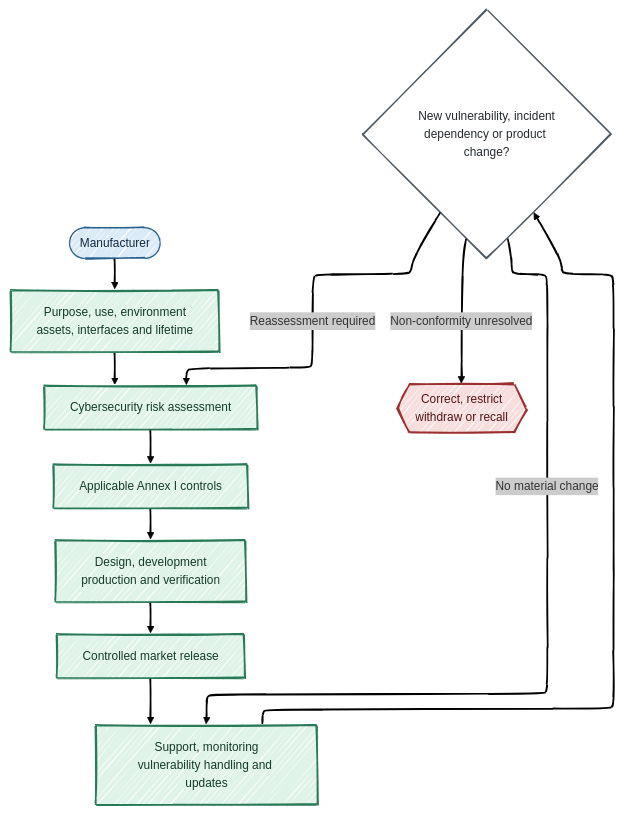
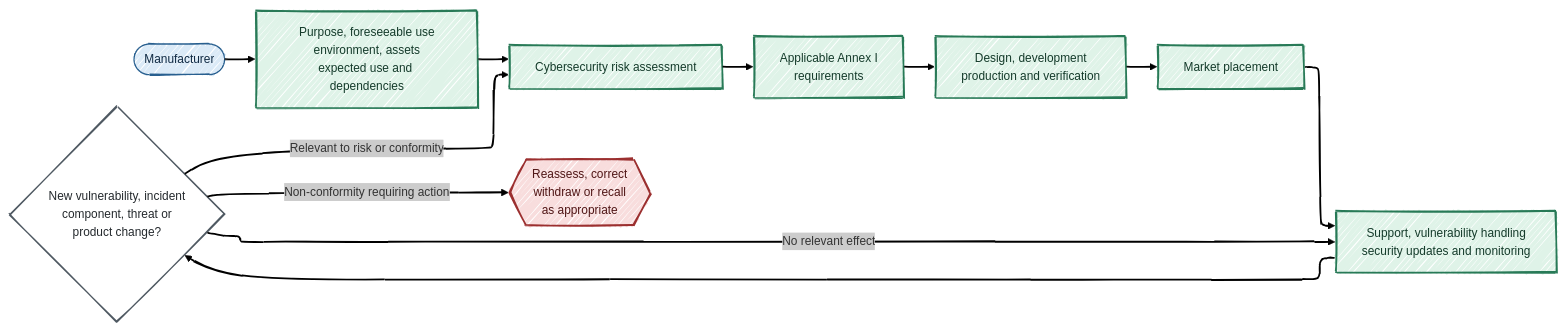
One commit to antomon/antomon.github.io changed the fifth of 18 diagrams in longforms/cyber-resilience-act-the-new-product-security-baseline/index.qmd. Above: the diagram before and after it, drawn with Mermaid. The commit also changed other lines of this file and 54 other files, not shown here.

````diff
--- a/longforms/cyber-resilience-act-the-new-product-security-baseline/index.qmd
+++ b/longforms/cyber-resilience-act-the-new-product-security-baseline/index.qmd
@@ -285,33 +730,33 @@
 ```{mermaid}
 %%| label: fig-cyber-resilience-act-the-new-product-security-baseline-security-lifecycle
-%%| fig-cap: "The CRA security baseline is a lifecycle feedback process rather than a one-time pre-market checklist."
-%%| fig-alt: "A blue manufacturer defines intended purpose, foreseeable use, assets, interfaces, operating environment, and expected lifetime. These inputs feed a green cybersecurity risk assessment, which selects applicable Annex I controls. Architecture, implementation, production, and release evidence lead to market placement. Monitoring, vulnerability handling, updates, incidents, and product changes feed back into the risk assessment. Non-conformity leads to corrective action, restriction, withdrawal, or recall."
+%%| fig-cap: "The CRA risk assessment connects product context to applicable cybersecurity requirements and is updated when lifecycle information changes the security case."
+%%| fig-alt: "A manufacturer defines intended purpose, foreseeable use, operating conditions, protected assets, expected use time, interfaces, and dependencies. These inputs feed a cybersecurity risk assessment. The assessment determines how the general risk-based requirement, applicable Annex I Part I requirements, and Part II vulnerability-handling requirements are implemented. Design, development, production and verification lead to market placement. Vulnerabilities, incidents, component changes, new threat information and product changes during support feed back into documented reassessment and corrective action."
 %%| fig-align: center
 %%{init: {"theme": "neo", "look": "handDrawn", "layout": "elk"}}%%
-flowchart TD
+flowchart LR
     MFR([Manufacturer]):::entity
-    CONTEXT[Purpose, use, environment<br/>assets, interfaces and lifetime]:::product
+    CONTEXT[Purpose, foreseeable use<br/>environment, assets<br/>expected use and dependencies]:::product
     RISK[Cybersecurity risk assessment]:::product
-    CONTROLS[Applicable Annex I controls]:::product
+    REQ[Applicable Annex I<br/>requirements]:::product
     BUILD[Design, development<br/>production and verification]:::product
-    RELEASE[Controlled market release]:::product
-    MONITOR[Support, monitoring<br/>vulnerability handling and updates]:::product
-    CHANGE{New vulnerability, incident<br/>dependency or product change?}:::test
-    CORRECT{{Correct, restrict<br/>withdraw or recall}}:::enforcement
+    MARKET[Market placement]:::product
+    SUPPORT[Support, vulnerability handling<br/>security updates and monitoring]:::product
+    CHANGE{New vulnerability, incident<br/>component, threat or<br/>product change?}:::test
+    CORRECT{{Reassess, correct<br/>withdraw or recall<br/>as appropriate}}:::enforcement
 
     MFR --> CONTEXT
     CONTEXT --> RISK
-    RISK --> CONTROLS
-    CONTROLS --> BUILD
-    BUILD --> RELEASE
-    RELEASE --> MONITOR
-    MONITOR --> CHANGE
-    CHANGE -- Reassessment required --> RISK
-    CHANGE -- Non-conformity unresolved --> CORRECT
-    CHANGE -- No material change --> MONITOR
+    RISK --> REQ
+    REQ --> BUILD
+    BUILD --> MARKET
+    MARKET --> SUPPORT
+    SUPPORT --> CHANGE
+    CHANGE -- Relevant to risk or conformity --> RISK
+    CHANGE -- Non-conformity requiring action --> CORRECT
+    CHANGE -- No relevant effect --> SUPPORT
 
     classDef entity fill:#dbeaf7,stroke:#285f8f,stroke-width:1.5px,color:#102a43;
     classDef product fill:#dff3e8,stroke:#287a57,stroke-width:2px,color:#153b2b;
     classDef test fill:#ffffff,stroke:#4f5962,stroke-width:1.5px,color:#252a2e;
     classDef enforcement fill:#f8dddd,stroke:#9b2f2f,stroke-width:2px,color:#501717;
 ```
````
